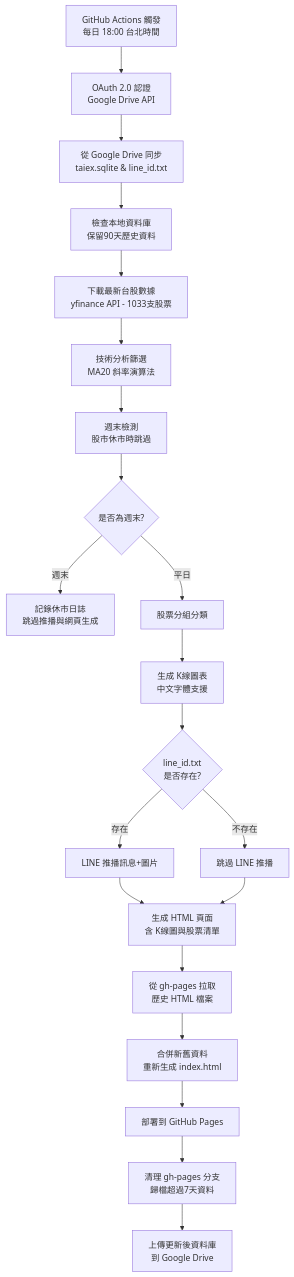
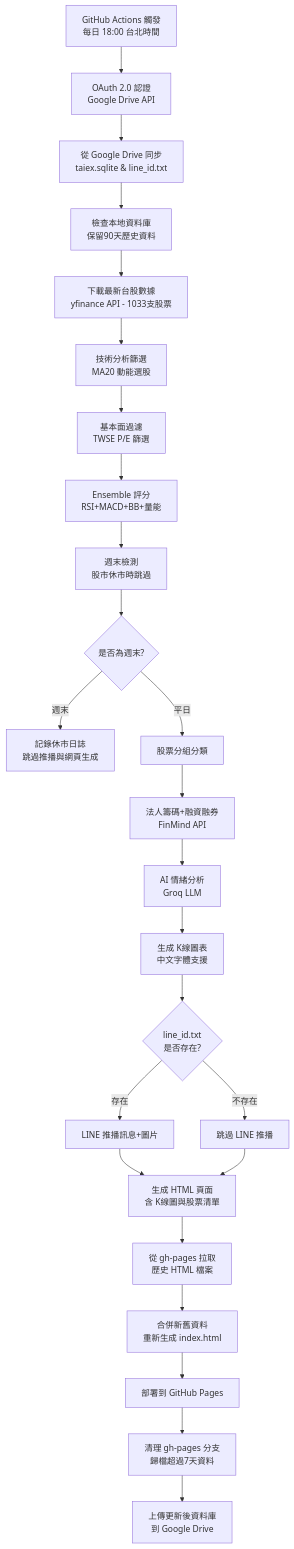
One commit to YanShuoPan/Qtrading changed the diagram in README.md. Above: the diagram before and after it, drawn with Mermaid. The commit also changed other lines of this file and 2 other files, not shown here.

````diff
--- a/README.md
+++ b/README.md
@@ -67,23 +91,27 @@
 ```mermaid
 graph TD
     A[GitHub Actions 觸發<br/>每日 18:00 台北時間] --> B[OAuth 2.0 認證<br/>Google Drive API]
     B --> C[從 Google Drive 同步<br/>taiex.sqlite & line_id.txt]
     C --> D[檢查本地資料庫<br/>保留90天歷史資料]
     D --> E[下載最新台股數據<br/>yfinance API - 1033支股票]
-    E --> F[技術分析篩選<br/>MA20 斜率演算法]
-    F --> G[週末檢測<br/>股市休市時跳過]
+    E --> F[技術分析篩選<br/>MA20 動能選股]
+    F --> F2[基本面過濾<br/>TWSE P/E 篩選]
+    F2 --> F3[Ensemble 評分<br/>RSI+MACD+BB+量能]
+    F3 --> G[週末檢測<br/>股市休市時跳過]
     G --> H{是否為週末?}
     H -->|週末| I[記錄休市日誌<br/>跳過推播與網頁生成]
     H -->|平日| J[股票分組分類]
-    J --> K[生成 K線圖表<br/>中文字體支援]
+    J --> J2[法人籌碼+融資融券<br/>FinMind API]
+    J2 --> J3[AI 情緒分析<br/>Groq LLM]
+    J3 --> K[生成 K線圖表<br/>中文字體支援]
     K --> L{line_id.txt<br/>是否存在?}
     L -->|存在| M[LINE 推播訊息+圖片]
     L -->|不存在| N[跳過 LINE 推播]
     M --> O[生成 HTML 頁面<br/>含 K線圖與股票清單]
     N --> O
     O --> P[從 gh-pages 拉取<br/>歷史 HTML 檔案]
     P --> Q[合併新舊資料<br/>重新生成 index.html]
     Q --> R[部署到 GitHub Pages]
     R --> S[清理 gh-pages 分支<br/>歸檔超過7天資料]
     S --> T[上傳更新後資料庫<br/>到 Google Drive]
 ```
````
